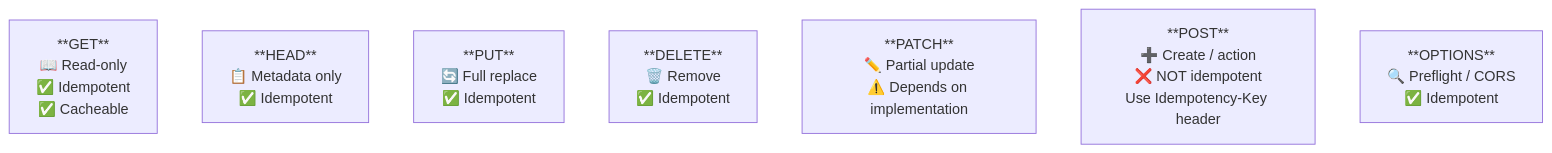
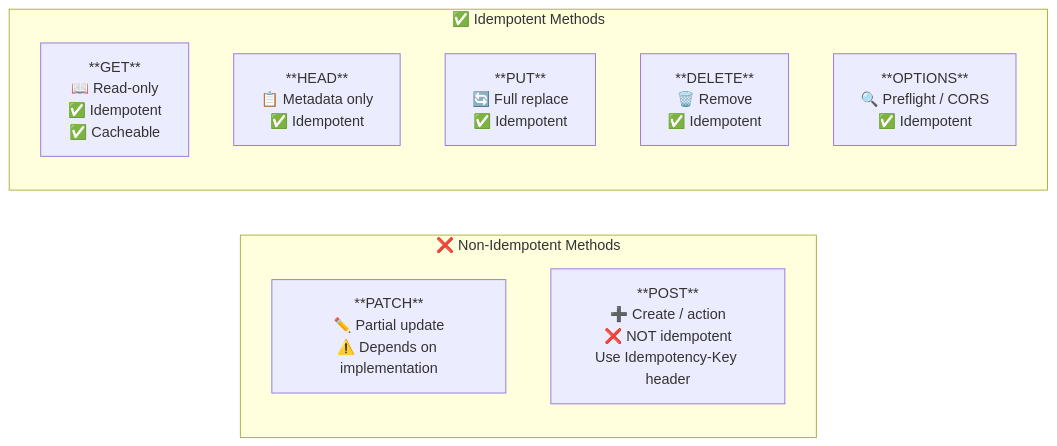
One commit to romangurevitch/GoTraining changed the second of 8 diagrams in internal/fundamentals/api-fundamentals/02-idempotency.md. Above: the diagram before and after it, drawn with Mermaid. The commit also changed other lines of this file and 20 other files, not shown here.

````diff
--- a/internal/fundamentals/api-fundamentals/02-idempotency.md
+++ b/internal/fundamentals/api-fundamentals/02-idempotency.md
@@ -32,12 +35,19 @@
 ```mermaid
-graph LR
-    GET["**GET**<br/>📖 Read-only<br/>✅ Idempotent<br/>✅ Cacheable"]
-    HEAD["**HEAD**<br/>📋 Metadata only<br/>✅ Idempotent"]
-    PUT["**PUT**<br/>🔄 Full replace<br/>✅ Idempotent"]
-    DELETE["**DELETE**<br/>🗑️ Remove<br/>✅ Idempotent"]
-    PATCH["**PATCH**<br/>✏️ Partial update<br/>⚠️ Depends on implementation"]
-    POST["**POST**<br/>➕ Create / action<br/>❌ NOT idempotent<br/>Use Idempotency-Key header"]
-    OPTIONS["**OPTIONS**<br/>🔍 Preflight / CORS<br/>✅ Idempotent"]
+graph TD
+    subgraph IdempotentMethods["✅ Idempotent Methods"]
+        direction TB
+        GET["**GET**<br/>📖 Read-only<br/>✅ Idempotent<br/>✅ Cacheable"]
+        HEAD["**HEAD**<br/>📋 Metadata only<br/>✅ Idempotent"]
+        PUT["**PUT**<br/>🔄 Full replace<br/>✅ Idempotent"]
+        DELETE["**DELETE**<br/>🗑️ Remove<br/>✅ Idempotent"]
+        OPTIONS["**OPTIONS**<br/>🔍 Preflight / CORS<br/>✅ Idempotent"]
+    end
 
-    GET ~~~ HEAD ~~~ PUT ~~~ DELETE ~~~ PATCH ~~~ POST ~~~ OPTIONS
+    IdempotentMethods ~~~ NonIdempotentMethods
+
+    subgraph NonIdempotentMethods["❌ Non-Idempotent Methods"]
+        direction TB
+        PATCH["**PATCH**<br/>✏️ Partial update<br/>⚠️ Depends on implementation"]
+        POST["**POST**<br/>➕ Create / action<br/>❌ NOT idempotent<br/>Use Idempotency-Key header"]
+    end
 ```
````
